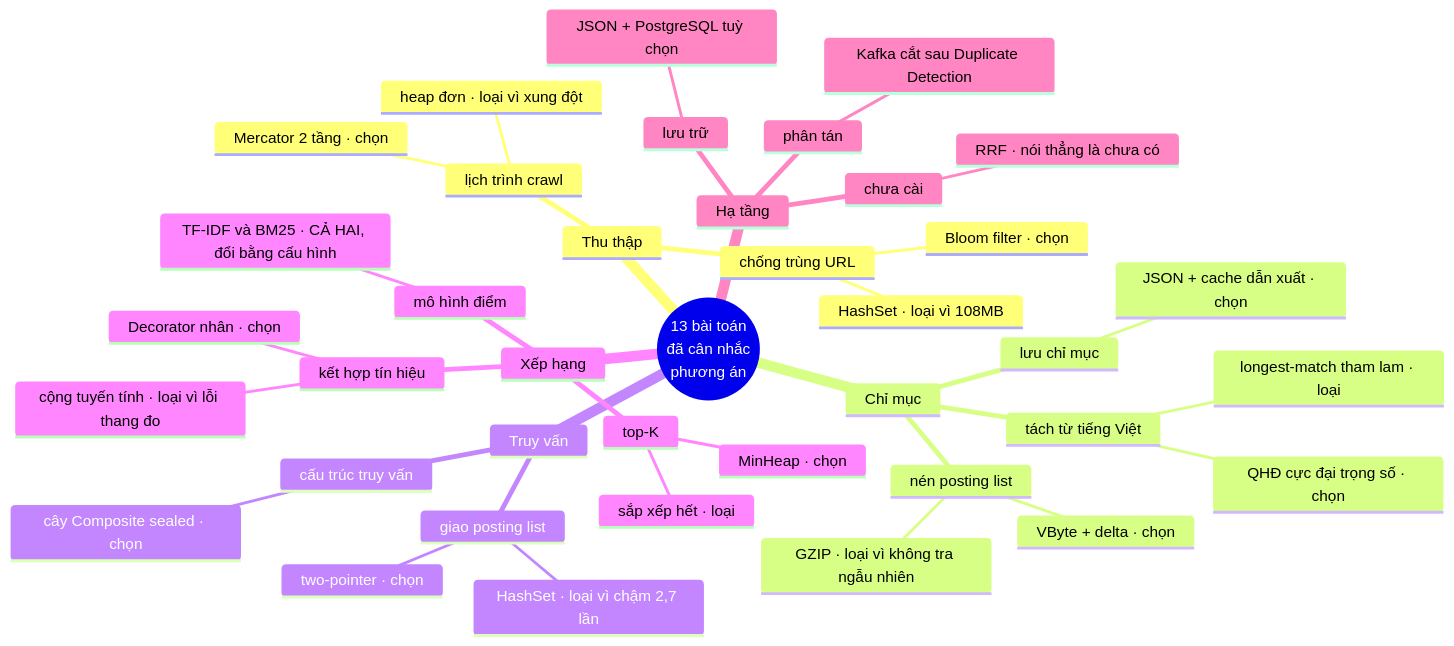
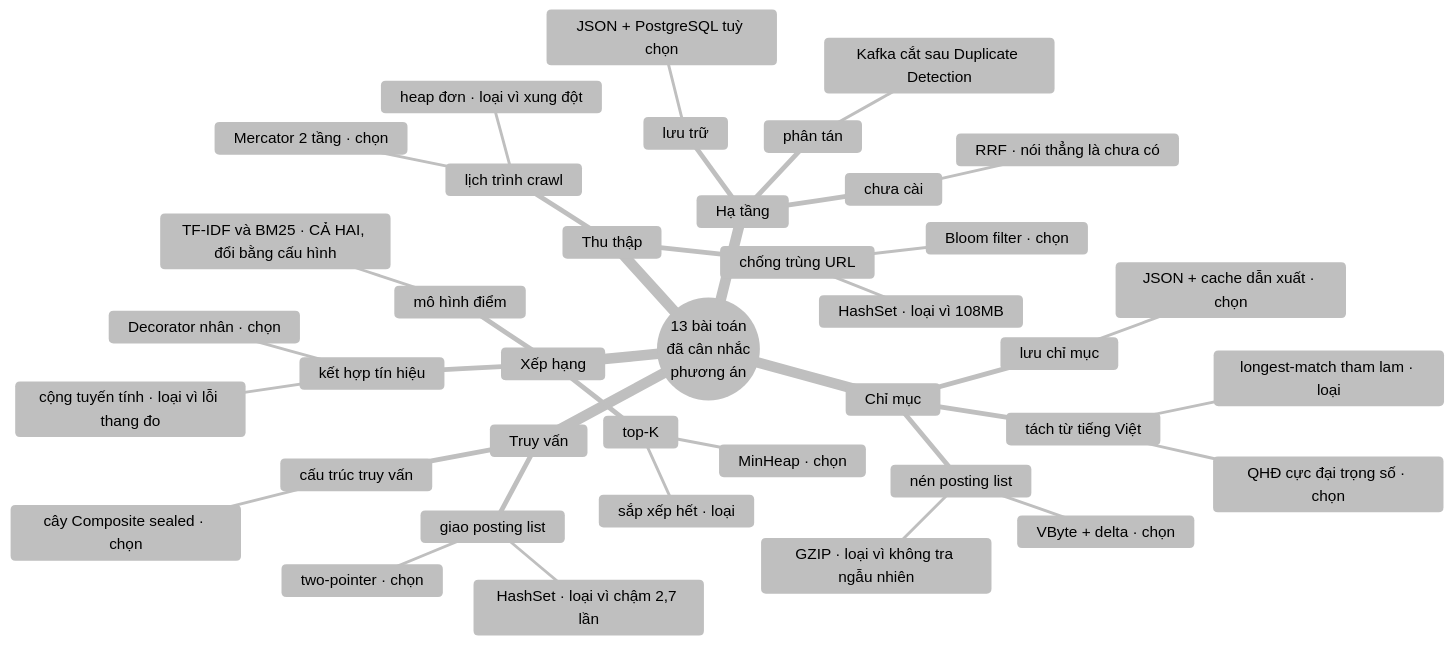
One commit to KietAnhCS/CocCoc-Plus changed the diagram in docs/SO-SANH-PHUONG-AN.md. Above: the diagram before and after it, drawn with Mermaid. The commit also changed 120 other files, not shown here.

````diff
--- a/docs/SO-SANH-PHUONG-AN.md
+++ b/docs/SO-SANH-PHUONG-AN.md
@@ -18,42 +18,43 @@
 ```mermaid
+%%{init:{'theme':'base','themeVariables':{'background':'#ffffff','primaryColor':'#ffffff','primaryTextColor':'#000000','primaryBorderColor':'#000000','secondaryColor':'#ffffff','secondaryTextColor':'#000000','secondaryBorderColor':'#000000','tertiaryColor':'#ffffff','tertiaryTextColor':'#000000','tertiaryBorderColor':'#000000','lineColor':'#000000','textColor':'#000000','mainBkg':'#ffffff','nodeBorder':'#000000','clusterBkg':'#ffffff','clusterBorder':'#000000','edgeLabelBackground':'#ffffff','actorBkg':'#ffffff','actorBorder':'#000000','actorTextColor':'#000000','actorLineColor':'#000000','signalColor':'#000000','signalTextColor':'#000000','labelBoxBkgColor':'#ffffff','labelBoxBorderColor':'#000000','labelTextColor':'#000000','loopTextColor':'#000000','noteBkgColor':'#ffffff','noteBorderColor':'#000000','noteTextColor':'#000000','sequenceNumberColor':'#ffffff','fontFamily':'ui-monospace, SFMono-Regular, Consolas, monospace'}}}%%
 mindmap
   root((13 bài toán<br/>đã cân nhắc<br/>phương án))
     Thu thập
       chống trùng URL
         Bloom filter · chọn
         HashSet · loại vì 108MB
       lịch trình crawl
         Mercator 2 tầng · chọn
         heap đơn · loại vì xung đột
     Chỉ mục
       tách từ tiếng Việt
         QHĐ cực đại trọng số · chọn
         longest-match tham lam · loại
       nén posting list
         VByte + delta · chọn
         GZIP · loại vì không tra ngẫu nhiên
       lưu chỉ mục
         JSON + cache dẫn xuất · chọn
     Truy vấn
       giao posting list
         two-pointer · chọn
         HashSet · loại vì chậm 2,7 lần
       cấu trúc truy vấn
         cây Composite sealed · chọn
     Xếp hạng
       mô hình điểm
         TF-IDF và BM25 · CẢ HAI, đổi bằng cấu hình
       kết hợp tín hiệu
         Decorator nhân · chọn
         cộng tuyến tính · loại vì lỗi thang đo
       top-K
         MinHeap · chọn
         sắp xếp hết · loại
     Hạ tầng
       lưu trữ
         JSON + PostgreSQL tuỳ chọn
       phân tán
         Kafka cắt sau Duplicate Detection
       chưa cài
         RRF · nói thẳng là chưa có
 ```
````
